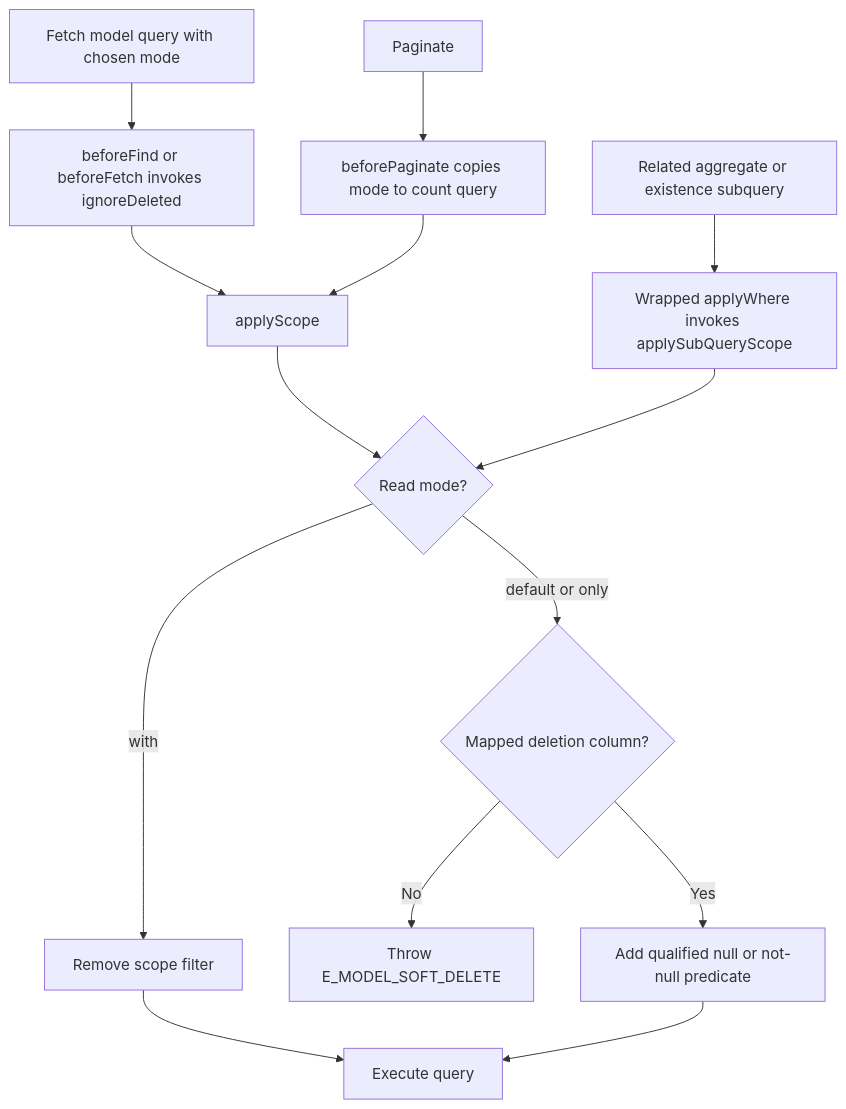
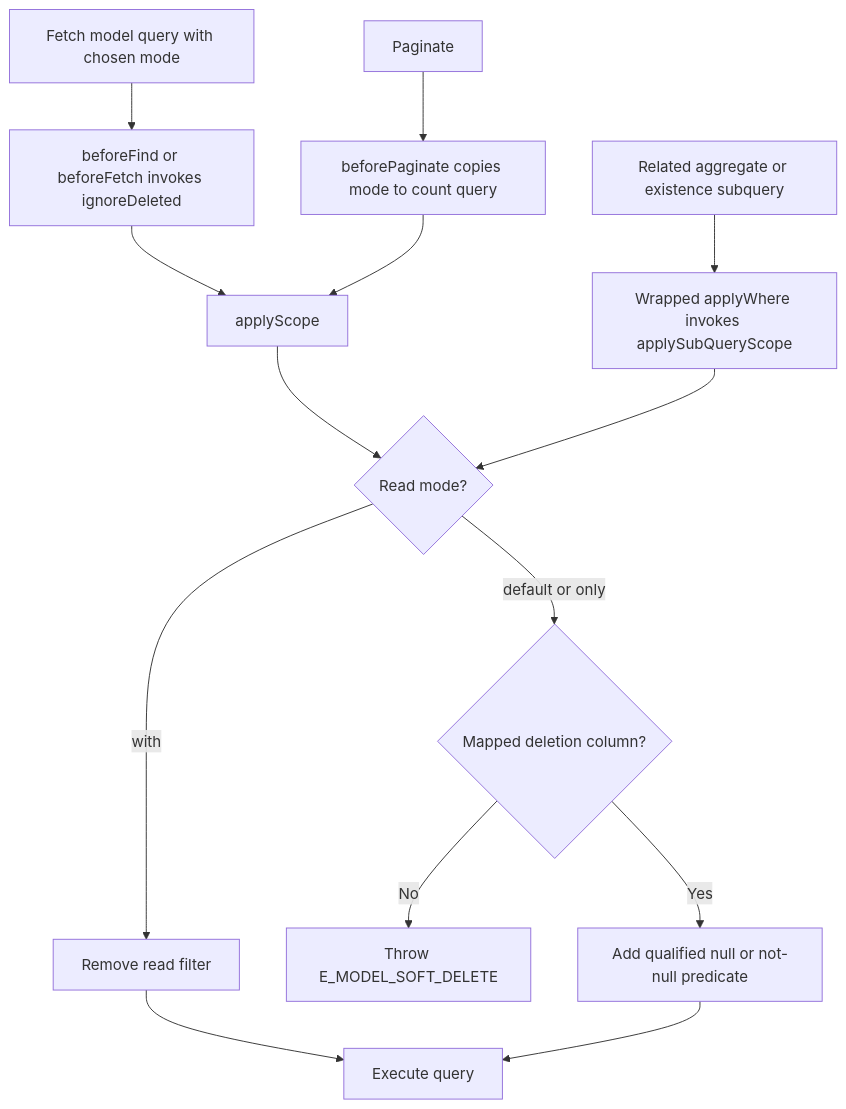
One commit to Kevinjohn/oss-adonisjs-lucid-soft-delete changed the second of 2 diagrams in user-stories/query-deleted-records/us-app-02-query-deleted-records.md. Above: the diagram before and after it, drawn with Mermaid. The commit also changed other lines of this file and 9 other files, not shown here.

First line of the commit message:
Use read filter, type guard and rule instead of reserved framework terms

````diff
--- a/user-stories/query-deleted-records/us-app-02-query-deleted-records.md
+++ b/user-stories/query-deleted-records/us-app-02-query-deleted-records.md
@@ -36,12 +36,12 @@
 ```mermaid
 flowchart TD
     A["Fetch model query with chosen mode"] --> B["beforeFind or beforeFetch invokes ignoreDeleted"] --> C["applyScope"]
     D["Paginate"] --> E["beforePaginate copies mode to count query"] --> C
     F["Related aggregate or existence subquery"] --> G["Wrapped applyWhere invokes applySubQueryScope"]
     C --> H{"Read mode?"}
     G --> H
-    H -->|with| I["Remove scope filter"] --> J["Execute query"]
+    H -->|with| I["Remove read filter"] --> J["Execute query"]
     H -->|default or only| K{"Mapped deletion column?"}
     K -->|No| L["Throw E_MODEL_SOFT_DELETE"]
     K -->|Yes| M["Add qualified null or not-null predicate"] --> J
 ```
````
